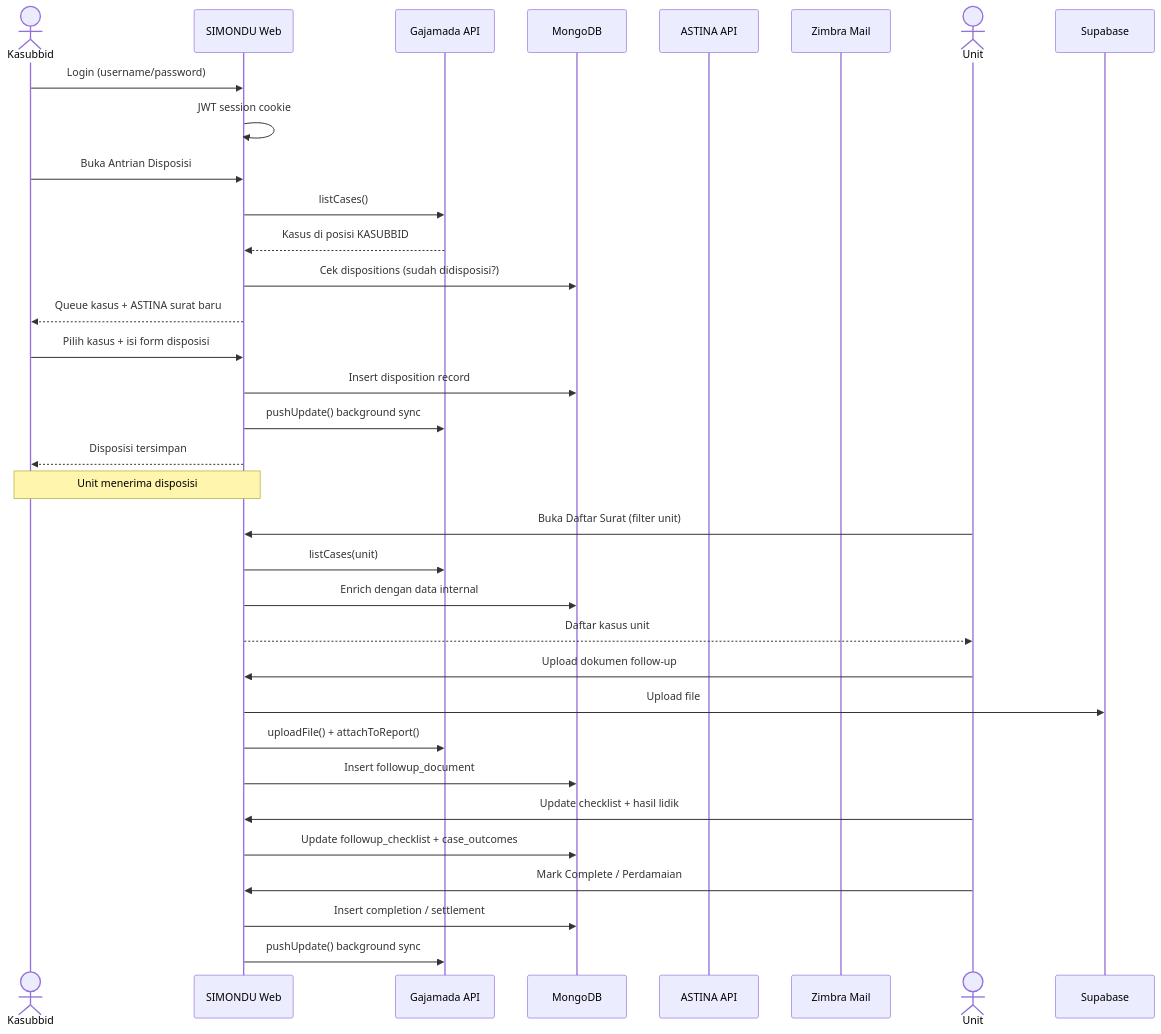
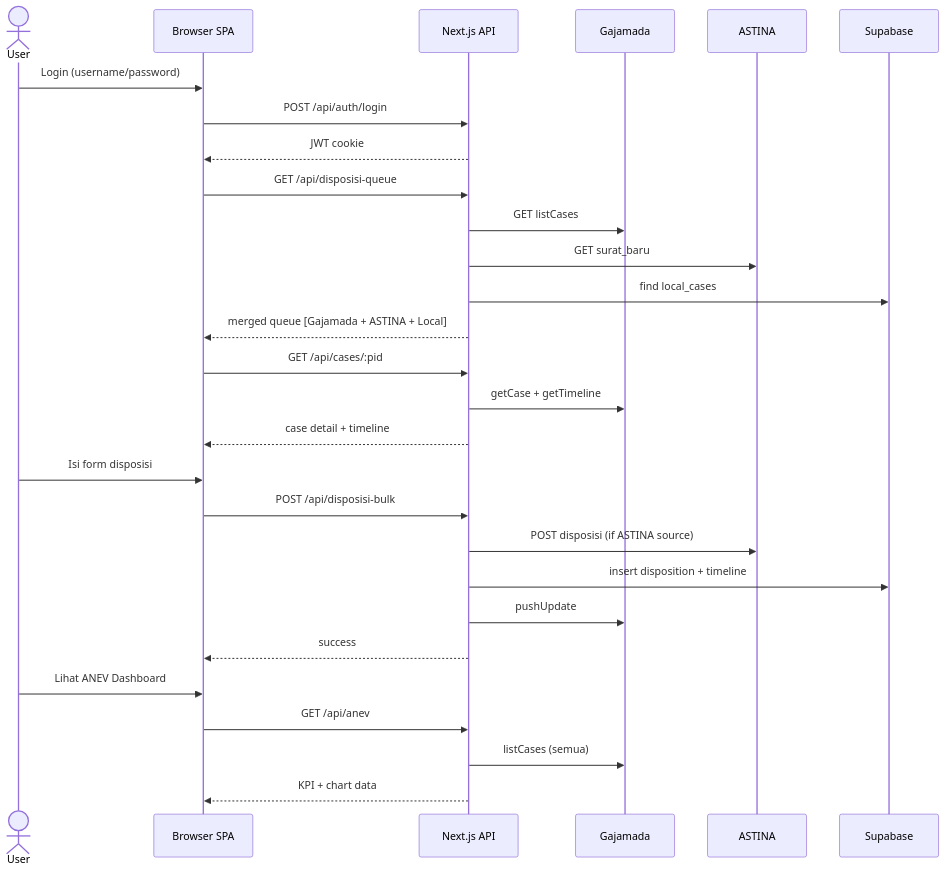
One commit to Kilodash/SIMONDU_WEB changed the diagram in brain/flow.md. Above: the diagram before and after it, drawn with Mermaid. The commit also changed other lines of this file and 31 other files, not shown here.

````diff
--- a/brain/flow.md
+++ b/brain/flow.md
@@ -12,43 +10,35 @@
 ```mermaid
 sequenceDiagram
-    actor Kasubbid
-    participant SIMONDU as SIMONDU Web
-    participant Gajamada as Gajamada API
-    participant DB as MongoDB
-    participant ASTINA as ASTINA API
-    participant Zimbra as Zimbra Mail
+    actor User
+    participant Browser as Browser SPA
+    participant API as Next.js API
+    participant Gajamada as Gajamada
+    participant ASTINA as ASTINA
+    participant Supabase as Supabase
 
-    Kasubbid->>SIMONDU: Login (username/password)
-    SIMONDU->>SIMONDU: JWT session cookie
+    User->>Browser: Login (username/password)
+    Browser->>API: POST /api/auth/login
+    API-->>Browser: JWT cookie
 
-    Kasubbid->>SIMONDU: Buka Antrian Disposisi
-    SIMONDU->>Gajamada: listCases()
-    Gajamada-->>SIMONDU: Kasus di posisi KASUBBID
-    SIMONDU->>DB: Cek dispositions (sudah didisposisi?)
-    SIMONDU-->>Kasubbid: Queue kasus + ASTINA surat baru
+    Browser->>API: GET /api/disposisi-queue
+    API->>Gajamada: GET listCases
+    API->>ASTINA: GET surat_baru
+    API->>Supabase: find local_cases
+    API-->>Browser: merged queue [Gajamada + ASTINA + Local]
 
-    Kasubbid->>SIMONDU: Pilih kasus + isi form disposisi
-    SIMONDU->>DB: Insert disposition record
-    SIMONDU->>Gajamada: pushUpdate() background sync
-    SIMONDU-->>Kasubbid: Disposisi tersimpan
+    Browser->>API: GET /api/cases/:pid
+    API->>Gajamada: getCase + getTimeline
+    API-->>Browser: case detail + timeline
 
-    Note over Kasubbid,SIMONDU: Unit menerima disposisi
+    User->>Browser: Isi form disposisi
+    Browser->>API: POST /api/disposisi-bulk
+    API->>ASTINA: POST disposisi (if ASTINA source)
+    API->>Supabase: insert disposition + timeline
+    API->>Gajamada: pushUpdate
+    API-->>Browser: success
 
-    actor Unit
-    Unit->>SIMONDU: Buka Daftar Surat (filter unit)
-    SIMONDU->>Gajamada: listCases(unit)
-    SIMONDU->>DB: Enrich dengan data internal
-    SIMONDU-->>Unit: Daftar kasus unit
-
-    Unit->>SIMONDU: Upload dokumen follow-up
-    SIMONDU->>Supabase: Upload file
-    SIMONDU->>Gajamada: uploadFile() + attachToReport()
-    SIMONDU->>DB: Insert followup_document
-
-    Unit->>SIMONDU: Update checklist + hasil lidik
-    SIMONDU->>DB: Update followup_checklist + case_outcomes
-
-    Unit->>SIMONDU: Mark Complete / Perdamaian
-    SIMONDU->>DB: Insert completion / settlement
-    SIMONDU->>Gajamada: pushUpdate() background sync
+    User->>Browser: Lihat ANEV Dashboard
+    Browser->>API: GET /api/anev
+    API->>Gajamada: listCases (semua)
+    API-->>Browser: KPI + chart data
 ```
````
